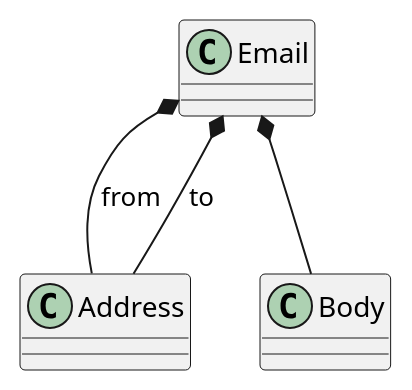
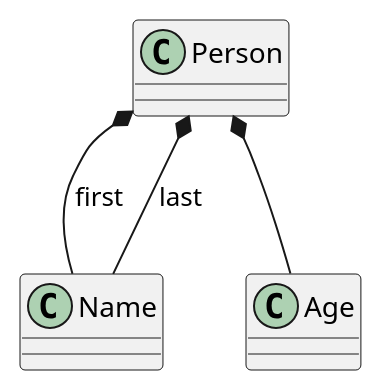
One commit to enolive/applicatives-validation changed the diagram in assets/Model.puml. Above: the diagram before and after it, drawn with PlantUML. The commit also changed 1 other file, not shown here.

Commit message:
switched to person model again.

```diff
--- a/assets/Model.puml
+++ b/assets/Model.puml
@@ -1,7 +1,7 @@
 @startuml
 
-Email *-- Address : from
-Email *-- Address : to
-Email *-- Body
+Person *-- Name : first
+Person *-- Name : last
+Person *-- Age
 
 @enduml
```
